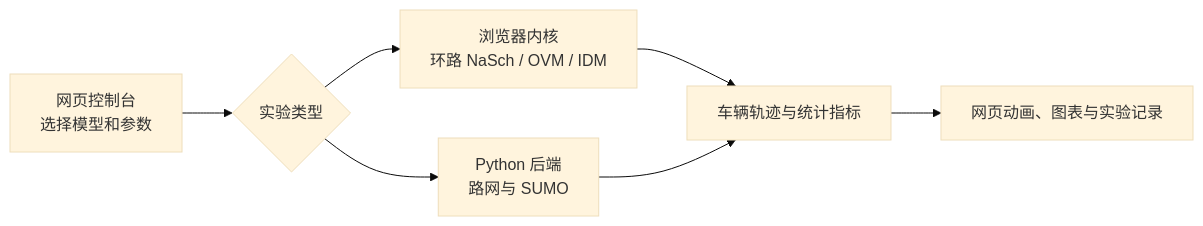
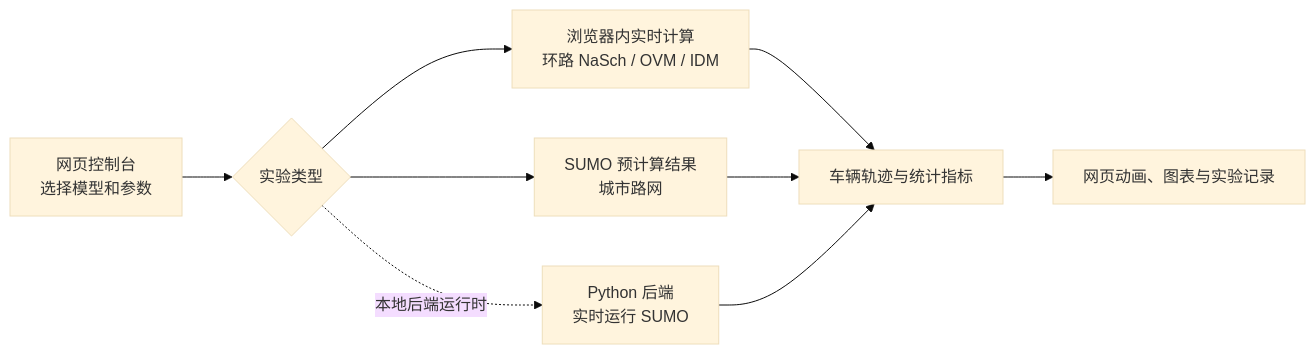
One commit to laozhongjie/agent-based-traffic-modeling changed the second of 2 diagrams in Project_Overview.md. Above: the diagram before and after it, drawn with Mermaid (base theme). The commit also changed other lines of this file and 2 other files, not shown here.

First line of the commit message:
Use precomputed SUMO results for city-network experiments

````diff
--- a/Project_Overview.md
+++ b/Project_Overview.md
@@ -305,9 +303,11 @@
 ```mermaid
 flowchart LR
     A[网页控制台<br/>选择模型和参数] --> B{实验类型}
-    B --> C[浏览器内核<br/>环路 NaSch / OVM / IDM]
-    B --> D[Python 后端<br/>路网与 SUMO]
+    B --> C[浏览器内实时计算<br/>环路 NaSch / OVM / IDM]
+    B --> D[SUMO 预计算结果<br/>城市路网]
+    B -. 本地后端运行时 .-> G[Python 后端<br/>实时运行 SUMO]
     C --> E[车辆轨迹与统计指标]
     D --> E
+    G --> E
     E --> F[网页动画、图表与实验记录]
 ```
````
